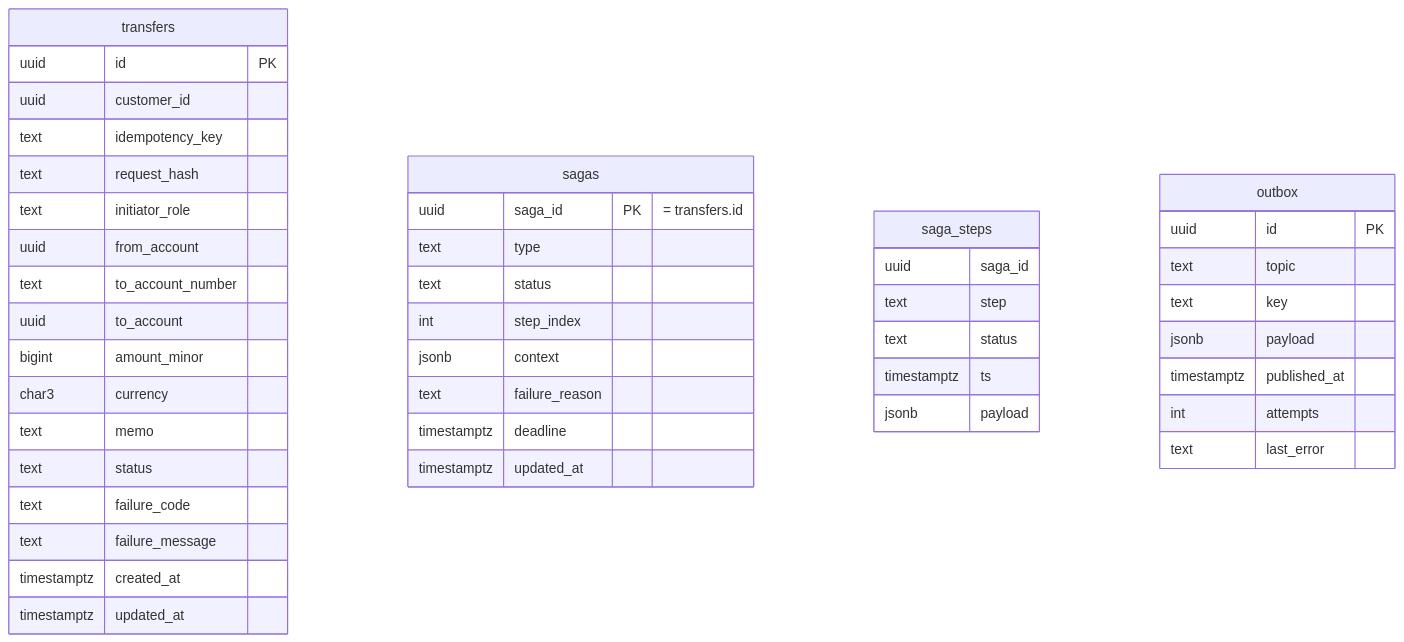
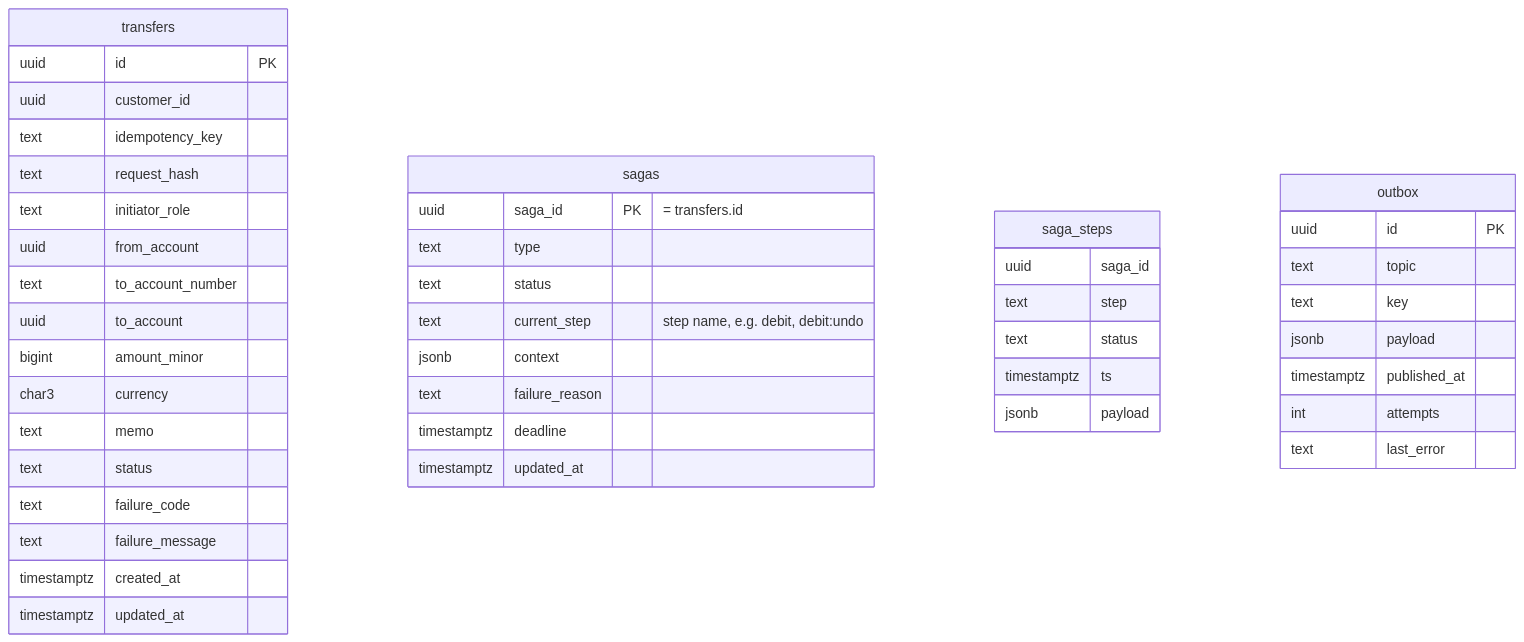
One commit to GodwinJacobR/mock-bank changed the diagram in specs/transfers/002-schema.md. Above: the diagram before and after it, drawn with Mermaid. The commit also changed other lines of this file and 2 other files, not shown here.

Commit message:
Replace sagas.step_index with current_step

````diff
--- a/specs/transfers/002-schema.md
+++ b/specs/transfers/002-schema.md
@@ -22,47 +22,47 @@
 ```mermaid
 erDiagram
   transfers {
     uuid id PK
     uuid customer_id
     text idempotency_key
     text request_hash
     text initiator_role
     uuid from_account
     text to_account_number
     uuid to_account
     bigint amount_minor
     char3 currency
     text memo
     text status
     text failure_code
     text failure_message
     timestamptz created_at
     timestamptz updated_at
   }
   sagas {
     uuid saga_id PK "= transfers.id"
     text type
     text status
-    int step_index
+    text current_step "step name, e.g. debit, debit:undo"
     jsonb context
     text failure_reason
     timestamptz deadline
     timestamptz updated_at
   }
   saga_steps {
     uuid saga_id
     text step
     text status
     timestamptz ts
     jsonb payload
   }
   outbox {
     uuid id PK
     text topic
     text key
     jsonb payload
     timestamptz published_at
     int attempts
     text last_error
   }
 ```
````
